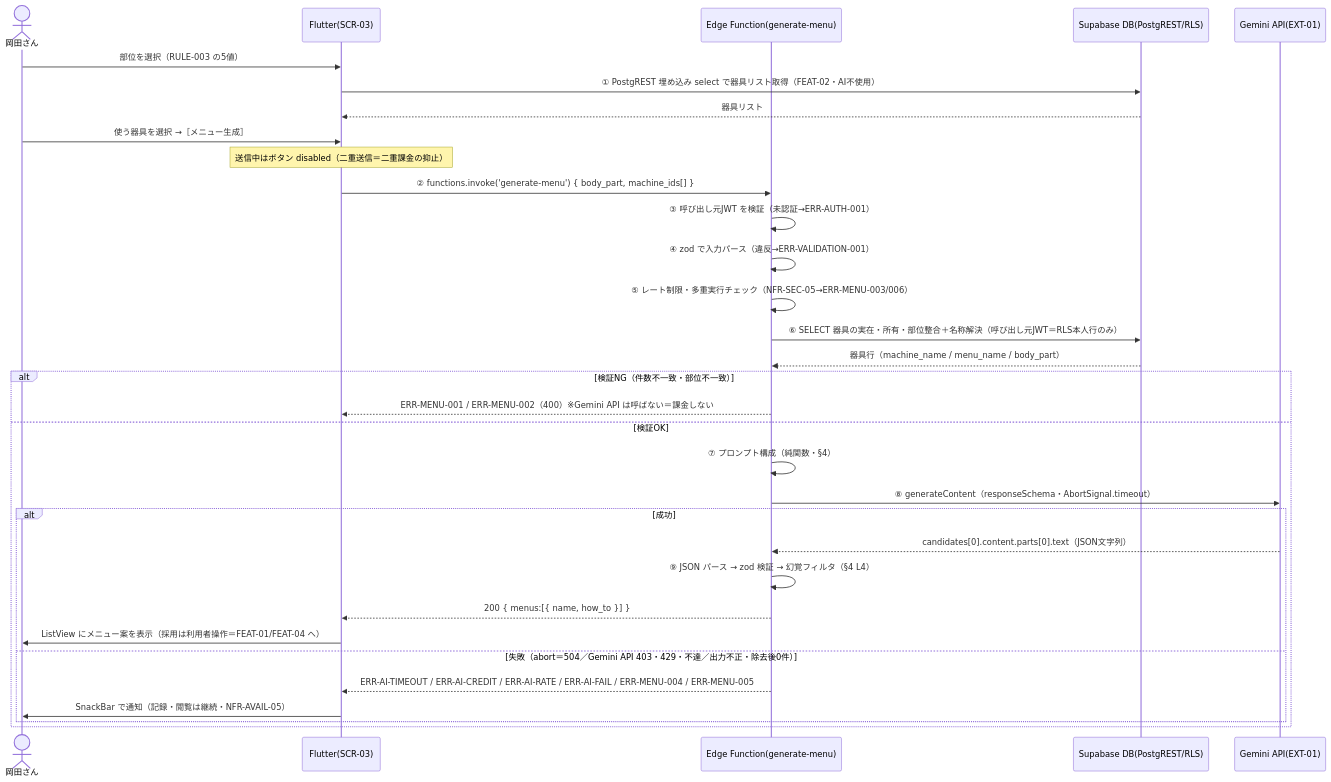
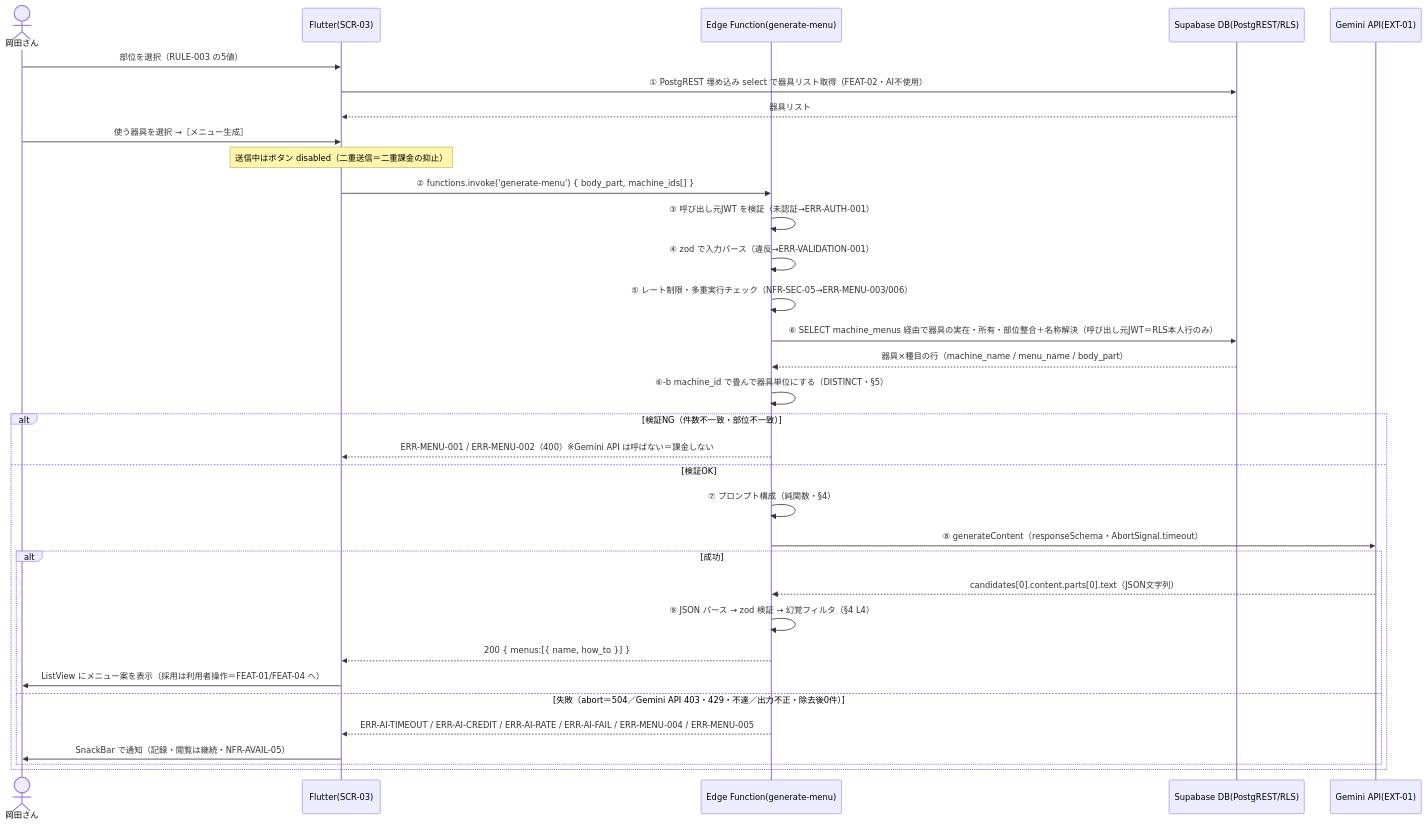
One commit to k-okada51/okada-fit changed the diagram in docs/02_設計/50_詳細設計/08_機能別詳細設計/FEAT-03_AIメニュー提案.md. Above: the diagram before and after it, drawn with Mermaid. The commit also changed other lines of this file and 8 other files, not shown here.

````diff
--- a/docs/02_設計/50_詳細設計/08_機能別詳細設計/FEAT-03_AIメニュー提案.md
+++ b/docs/02_設計/50_詳細設計/08_機能別詳細設計/FEAT-03_AIメニュー提案.md
@@ -64,36 +65,37 @@
 ```mermaid
 sequenceDiagram
   actor U as 岡田さん
   participant F as Flutter(SCR-03)
   participant E as Edge Function(generate-menu)
   participant D as Supabase DB(PostgREST/RLS)
   participant G as Gemini API(EXT-01)
 
   U->>F: 部位を選択（RULE-003 の5値）
   F->>D: ① PostgREST 埋め込み select で器具リスト取得（FEAT-02・AI不使用）
   D-->>F: 器具リスト
   U->>F: 使う器具を選択 →［メニュー生成］
   Note over F: 送信中はボタン disabled（二重送信＝二重課金の抑止）
   F->>E: ② functions.invoke('generate-menu') { body_part, machine_ids[] }
 
   E->>E: ③ 呼び出し元JWT を検証（未認証→ERR-AUTH-001）
   E->>E: ④ zod で入力パース（違反→ERR-VALIDATION-001）
   E->>E: ⑤ レート制限・多重実行チェック（NFR-SEC-05→ERR-MENU-003/006）
-  E->>D: ⑥ SELECT 器具の実在・所有・部位整合＋名称解決（呼び出し元JWT＝RLS本人行のみ）
-  D-->>E: 器具行（machine_name / menu_name / body_part）
+  E->>D: ⑥ SELECT machine_menus 経由で器具の実在・所有・部位整合＋名称解決（呼び出し元JWT＝RLS本人行のみ）
+  D-->>E: 器具×種目の行（machine_name / menu_name / body_part）
+  E->>E: ⑥-b machine_id で畳んで器具単位にする（DISTINCT・§5）
   alt 検証NG（件数不一致・部位不一致）
     E-->>F: ERR-MENU-001 / ERR-MENU-002（400）※Gemini API は呼ばない＝課金しない
   else 検証OK
     E->>E: ⑦ プロンプト構成（純関数・§4）
     E->>G: ⑧ generateContent（responseSchema・AbortSignal.timeout）
     alt 成功
       G-->>E: candidates[0].content.parts[0].text（JSON文字列）
       E->>E: ⑨ JSON パース → zod 検証 → 幻覚フィルタ（§4 L4）
       E-->>F: 200 { menus:[{ name, how_to }] }
       F->>U: ListView にメニュー案を表示（採用は利用者操作＝FEAT-01/FEAT-04 へ）
     else 失敗（abort＝504／Gemini API 403・429・不達／出力不正・除去後0件）
       E-->>F: ERR-AI-TIMEOUT / ERR-AI-CREDIT / ERR-AI-RATE / ERR-AI-FAIL / ERR-MENU-004 / ERR-MENU-005
       F->>U: SnackBar で通知（記録・閲覧は継続・NFR-AVAIL-05）
     end
   end
 ```
````
